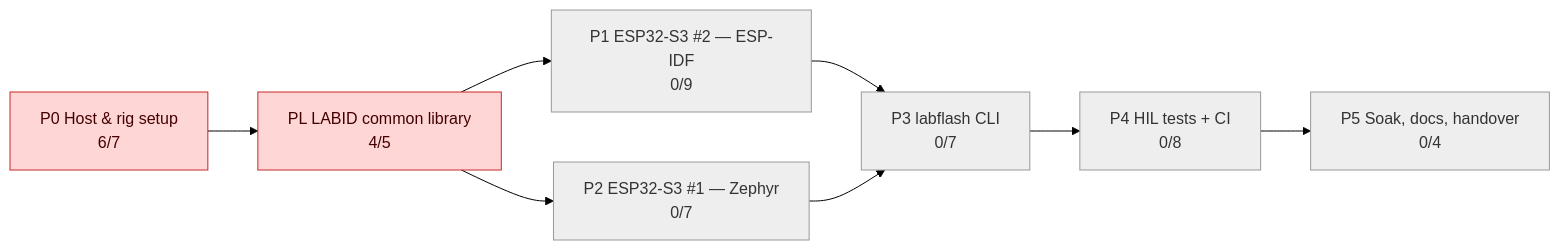
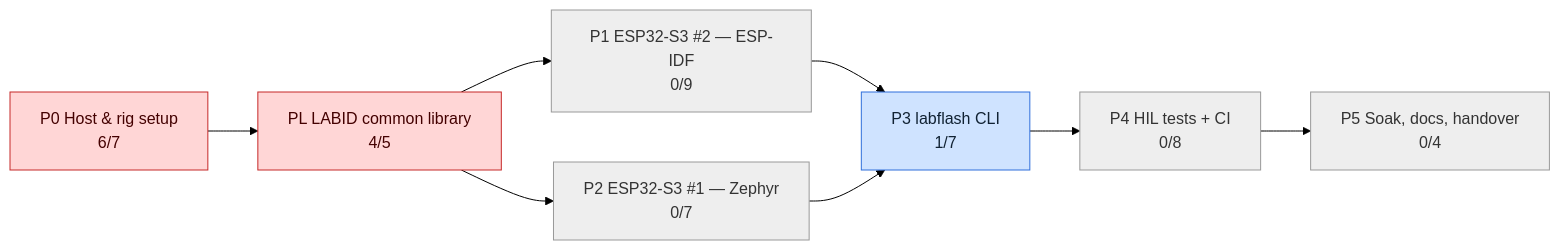
The second of 3 diagrams in tickets/TICKETS.md (mohamed-soubhi/bootlab-esp), drawn with Mermaid (forest theme) before and after one commit. The commit also changed other lines of this file and 5 other files, not shown here.

````diff
--- a/tickets/TICKETS.md
+++ b/tickets/TICKETS.md
@@ -31,21 +31,21 @@
 ```mermaid
 flowchart LR
     E0["P0 Host & rig setup<br/>6/7"]:::blocked
     EL["PL LABID common library<br/>4/5"]:::blocked
     E1["P1 ESP32-S3 #2 — ESP-IDF<br/>0/9"]:::todo
     E2["P2 ESP32-S3 #1 — Zephyr<br/>0/7"]:::todo
-    E3["P3 labflash CLI<br/>0/7"]:::todo
+    E3["P3 labflash CLI<br/>1/7"]:::doing
     E4["P4 HIL tests + CI<br/>0/8"]:::todo
     E5["P5 Soak, docs, handover<br/>0/4"]:::todo
     E0 --> EL
     E1 --> E3
     E2 --> E3
     E3 --> E4
     E4 --> E5
     EL --> E1
     EL --> E2
     classDef todo fill:#eeeeee,stroke:#999,color:#333
     classDef doing fill:#cfe3ff,stroke:#2f6fdb,color:#123
     classDef blocked fill:#ffd6d6,stroke:#c62828,color:#400
     classDef done fill:#d4f5d4,stroke:#2e7d32,color:#132
 ```
````
